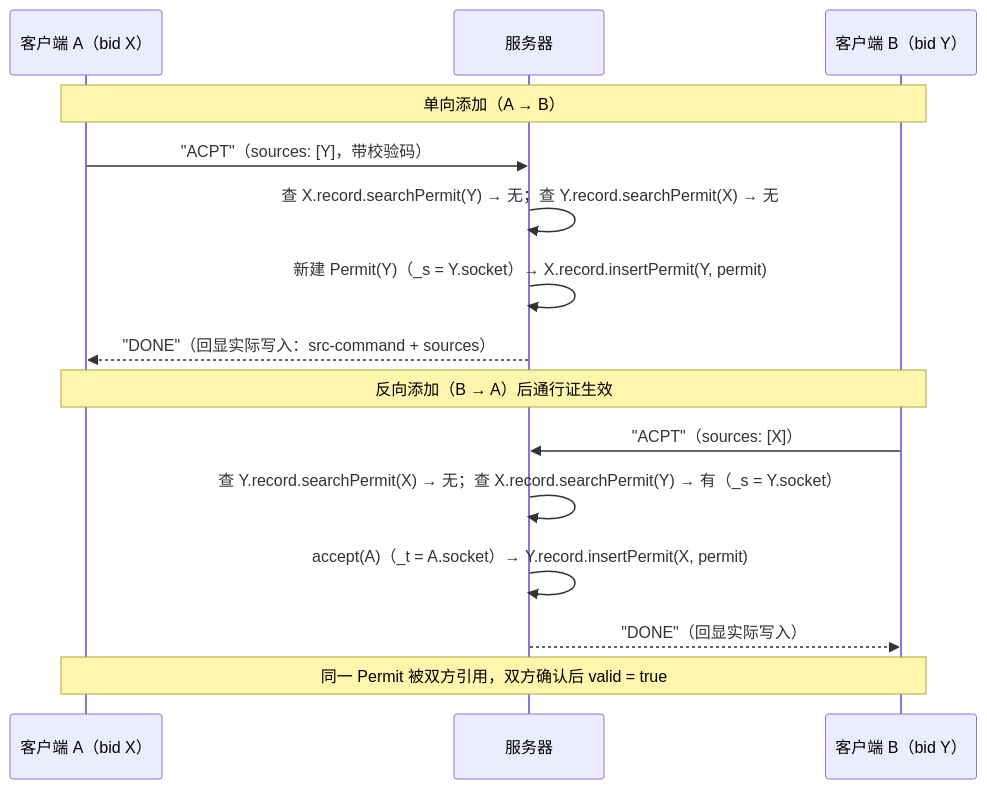
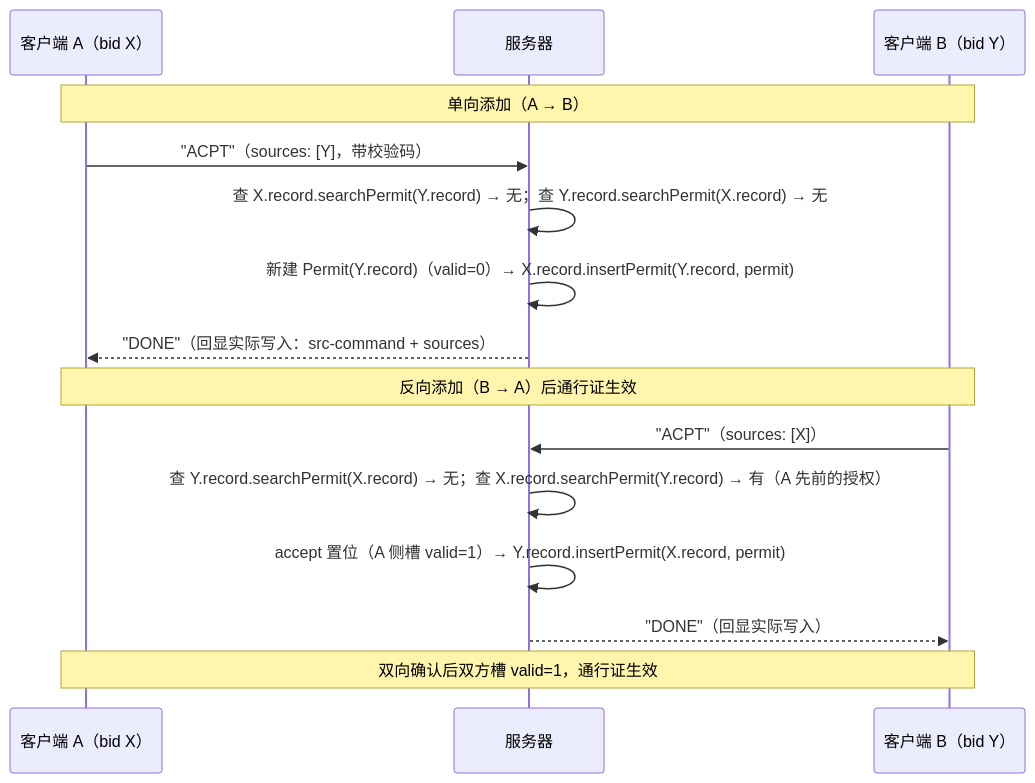
Before and after one commit to moky/magpie: the fifth of 11 diagrams in docs/workflow.md, drawn with Mermaid. The commit also changed other lines of this file and 7 other files, not shown here.

Commit message:
search & insert permits

````diff
--- a/docs/workflow.md
+++ b/docs/workflow.md
@@ -121,20 +121,20 @@
 ```mermaid
 sequenceDiagram
     participant A as 客户端 A（bid X）
     participant S as 服务器
     participant B as 客户端 B（bid Y）
 
     Note over A,B: 单向添加（A → B）
     A->>S: "ACPT"（sources: [Y]，带校验码）
-    S->>S: 查 X.record.searchPermit(Y) → 无；查 Y.record.searchPermit(X) → 无
-    S->>S: 新建 Permit(Y)（_s = Y.socket）→ X.record.insertPermit(Y, permit)
+    S->>S: 查 X.record.searchPermit(Y.record) → 无；查 Y.record.searchPermit(X.record) → 无
+    S->>S: 新建 Permit(Y.record)（valid=0）→ X.record.insertPermit(Y.record, permit)
     S-->>A: "DONE"（回显实际写入：src-command + sources）
 
     Note over A,B: 反向添加（B → A）后通行证生效
     B->>S: "ACPT"（sources: [X]）
-    S->>S: 查 Y.record.searchPermit(X) → 无；查 X.record.searchPermit(Y) → 有（_s = Y.socket）
-    S->>S: accept(A)（_t = A.socket）→ Y.record.insertPermit(X, permit)
+    S->>S: 查 Y.record.searchPermit(X.record) → 无；查 X.record.searchPermit(Y.record) → 有（A 先前的授权）
+    S->>S: accept 置位（A 侧槽 valid=1）→ Y.record.insertPermit(X.record, permit)
     S-->>B: "DONE"（回显实际写入）
 
-    Note over A,B: 同一 Permit 被双方引用，双方确认后 valid = true
+    Note over A,B: 双向确认后双方槽 valid=1，通行证生效
 ```
````
